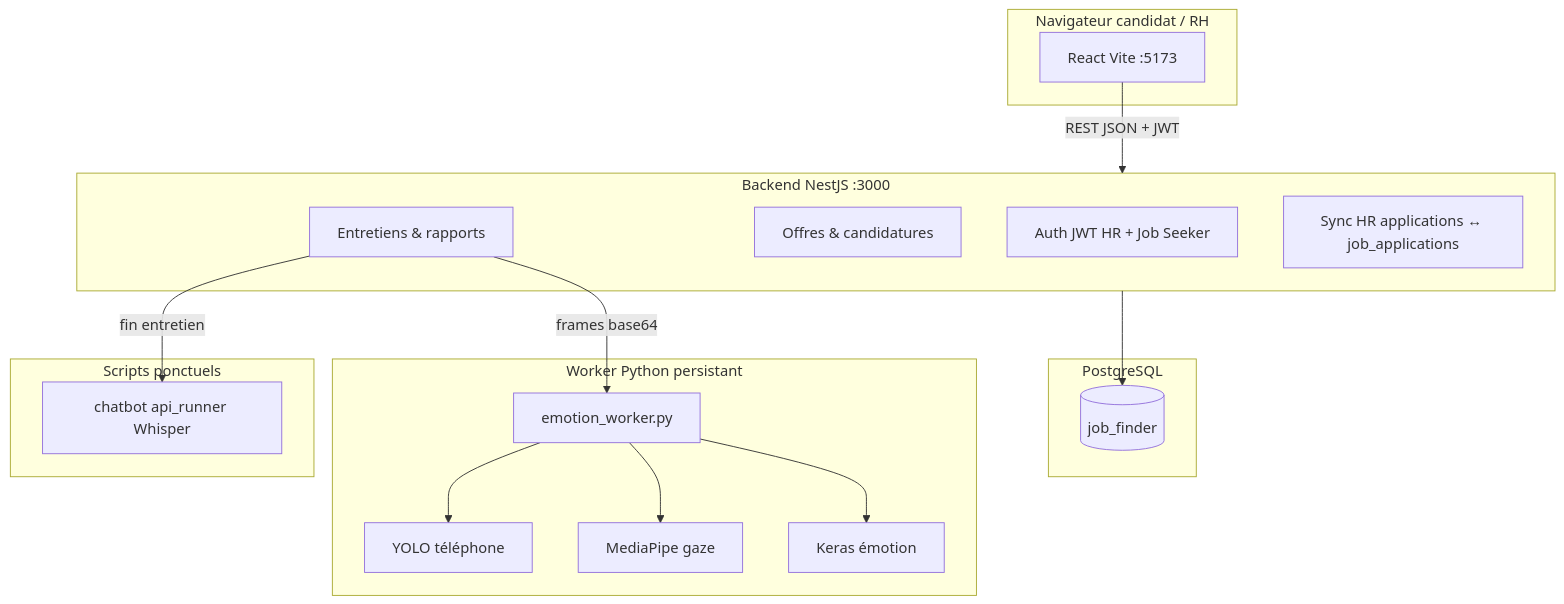
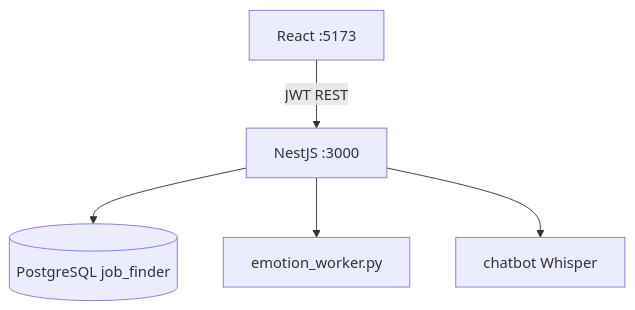
One commit to DaEses/pfe_final changed the diagram in README_FINAL.md. Above: the diagram before and after it, drawn with Mermaid. The commit also changed other lines of this file and 2 other files, not shown here.

First line of the commit message:
docs: guide complet installation nouveau PC (PostgreSQL, .env, lancement)

````diff
--- a/README_FINAL.md
+++ b/README_FINAL.md
@@ -42,36 +73,7 @@
 ```mermaid
 flowchart TB
-  subgraph client [Navigateur candidat / RH]
-    FE[React Vite :5173]
-  end
-
-  subgraph api [Backend NestJS :3000]
-    AUTH[Auth JWT HR + Job Seeker]
-    JOBS[Offres & candidatures]
-    INT[Entretiens & rapports]
-    BRIDGE[Sync HR applications ↔ job_applications]
-  end
-
-  subgraph db [PostgreSQL]
-    PG[(job_finder)]
-  end
-
-  subgraph python [Worker Python persistant]
-    EW[emotion_worker.py]
-    YOLO[YOLO téléphone]
-    GAZE[MediaPipe gaze]
-    EMO[Keras émotion]
-  end
-
-  subgraph py2 [Scripts ponctuels]
-    CB[chatbot api_runner Whisper]
-  end
-
-  FE -->|REST JSON + JWT| api
-  api --> PG
-  INT -->|frames base64| EW
-  EW --> YOLO
-  EW --> GAZE
-  EW --> EMO
-  INT -->|fin entretien| CB
+  FE[React :5173] -->|JWT REST| API[NestJS :3000]
+  API --> PG[(PostgreSQL job_finder)]
+  API --> EW[emotion_worker.py]
+  API --> CB[chatbot Whisper]
 ```
````
